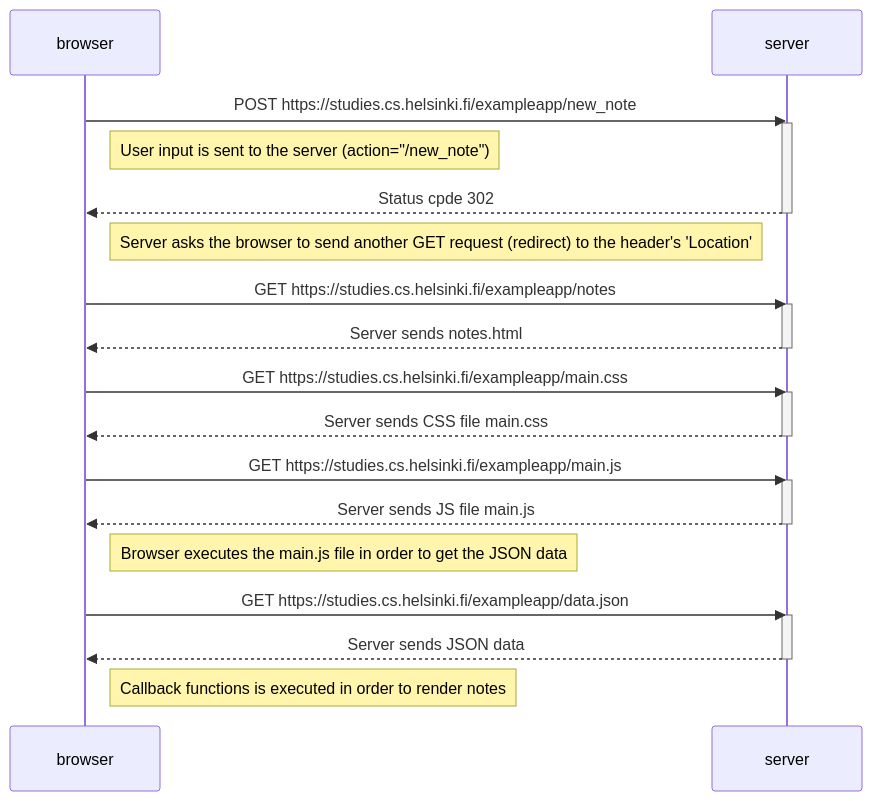
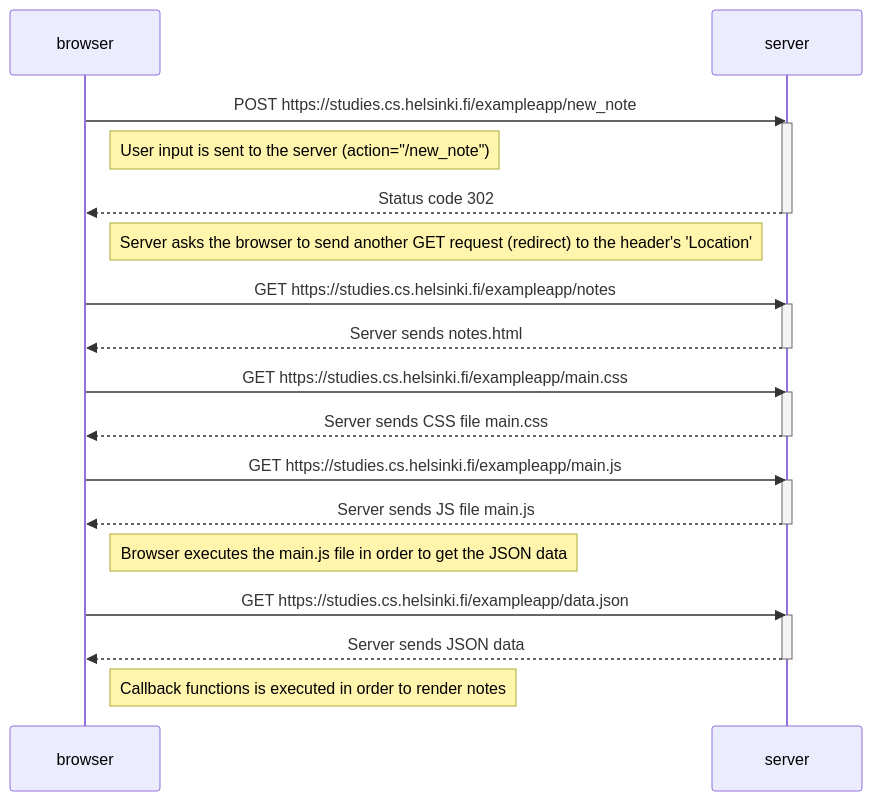
The diagram in part0/04.md (Griego86/fullstack-open), drawn with Mermaid before and after one commit. The commit also changed 1 other file, not shown here.

Commit message:
exercise 0.6

````diff
--- a/part0/04.md
+++ b/part0/04.md
@@ -1,34 +1,34 @@
 ```mermaid
 sequenceDiagram
   participant browser
   participant server
 
   browser->>server: POST https://studies.cs.helsinki.fi/exampleapp/new_note
   activate server
   Note right of browser: User input is sent to the server (action="/new_note")
-  server-->>browser: Status cpde 302
+  server-->>browser: Status code 302
   deactivate server
   Note right of browser: Server asks the browser to send another GET request (redirect) to the header's 'Location'
 
   browser->>server: GET https://studies.cs.helsinki.fi/exampleapp/notes
   activate server
   server-->>browser: Server sends notes.html
   deactivate server
 
   browser->>server: GET https://studies.cs.helsinki.fi/exampleapp/main.css
   activate server
   server-->>browser: Server sends CSS file main.css
   deactivate server
 
   browser->>server: GET https://studies.cs.helsinki.fi/exampleapp/main.js
   activate server
   server-->>browser: Server sends JS file main.js
   deactivate server
   Note right of browser: Browser executes the main.js file in order to get the JSON data
 
   browser->>server: GET https://studies.cs.helsinki.fi/exampleapp/data.json
   activate server
   server-->>browser: Server sends JSON data
   deactivate server
   Note right of browser: Callback functions is executed in order to render notes
 ```
````
